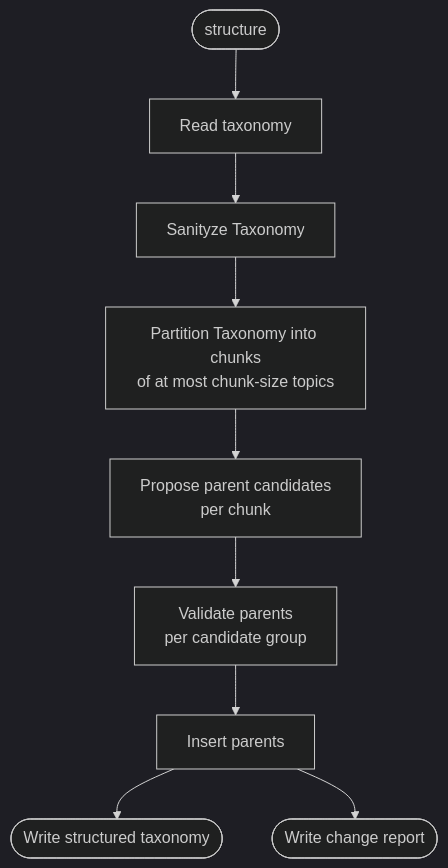
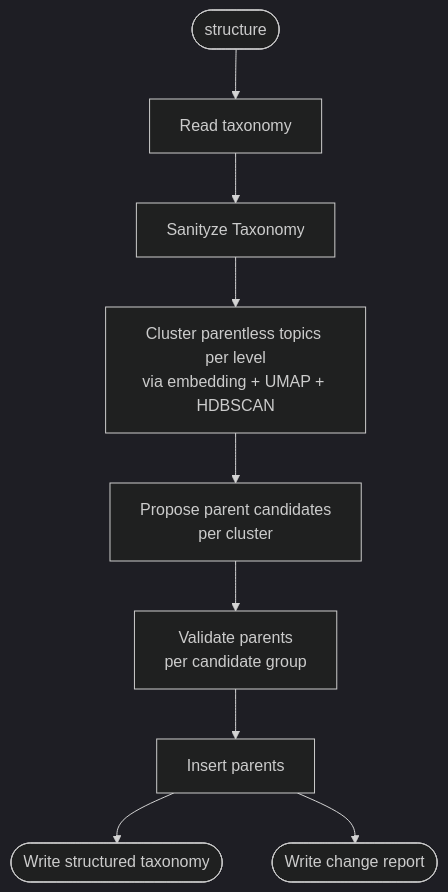
One commit to dataforgoodfr/cahier_doleances changed the third of 5 diagrams in topic-builder/README.md. Above: the diagram before and after it, drawn with Mermaid (dark theme). The commit also changed other lines of this file and 35 other files, not shown here.

Commit message:
feat: add clustering with fastembed + umap + hdbscan (#7)

````diff
--- a/topic-builder/README.md
+++ b/topic-builder/README.md
@@ -203,11 +203,11 @@
 ```mermaid
 flowchart TD
     A([structure]) --> B[Read taxonomy]
     B --> C[Sanityze Taxonomy]
-    C --> D[Partition Taxonomy into chunks\nof at most chunk-size topics]
-    D --> E[Propose parent candidates\nper chunk]
+    C --> D[Cluster parentless topics per level\nvia embedding + UMAP + HDBSCAN]
+    D --> E[Propose parent candidates\nper cluster]
     E --> F[Validate parents\nper candidate group]
     F --> G[Insert parents]
     G --> H([Write structured taxonomy])
     G --> I([Write change report])
 ```
````
